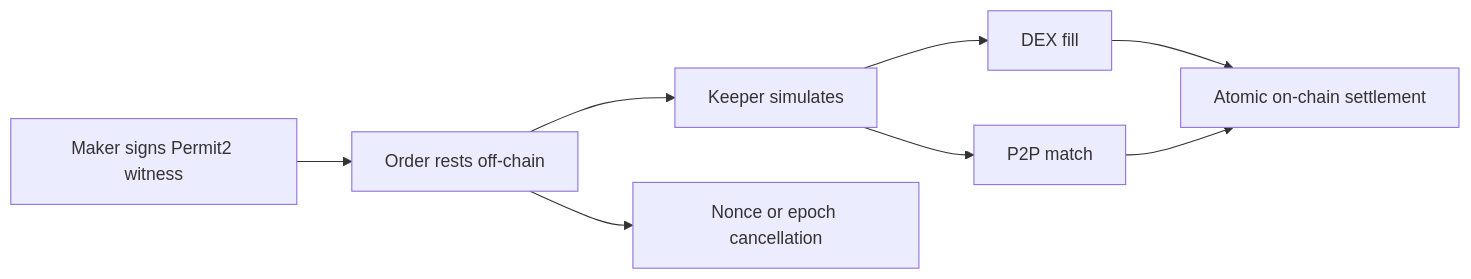
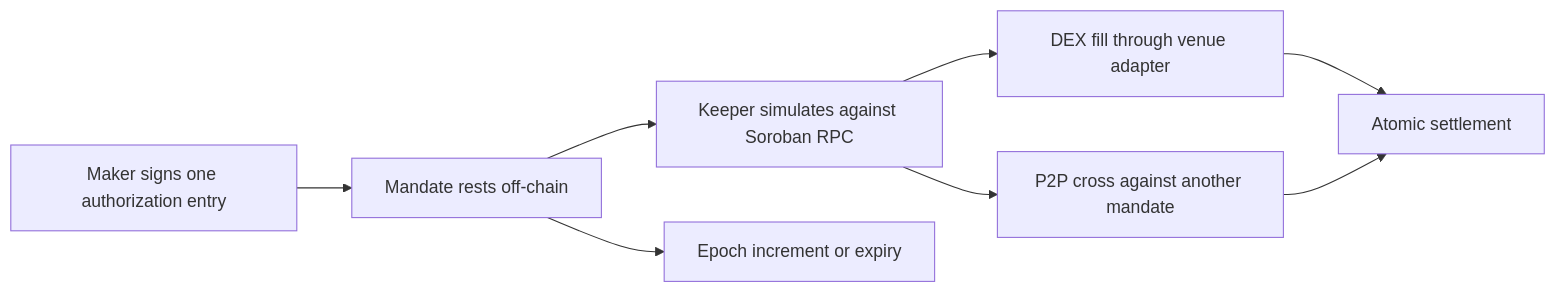
The diagram in content/docs/concepts/index.md (zadworny/Limit-Order-Frontend), drawn with Mermaid before and after one commit. The commit also changed other lines of this file and 47 other files, not shown here.

````diff
--- a/content/docs/concepts/index.md
+++ b/content/docs/concepts/index.md
@@ -14,10 +14,10 @@
 ```mermaid
 flowchart LR
-    Sign[Maker signs Permit2 witness] --> Rest[Order rests off-chain]
-    Rest --> Simulate[Keeper simulates]
-    Simulate --> DEX[DEX fill]
-    Simulate --> P2P[P2P match]
-    DEX --> Final[Atomic on-chain settlement]
+    Sign[Maker signs one authorization entry] --> Rest[Mandate rests off-chain]
+    Rest --> Simulate[Keeper simulates against Soroban RPC]
+    Simulate --> DEX[DEX fill through venue adapter]
+    Simulate --> P2P[P2P cross against another mandate]
+    DEX --> Final[Atomic settlement]
     P2P --> Final
-    Rest --> Cancel[Nonce or epoch cancellation]
+    Rest --> Cancel[Epoch increment or expiry]
 ```
````
